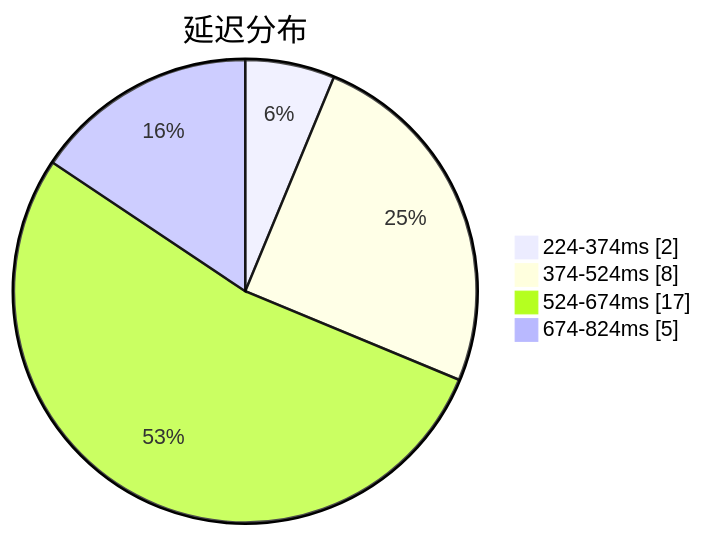
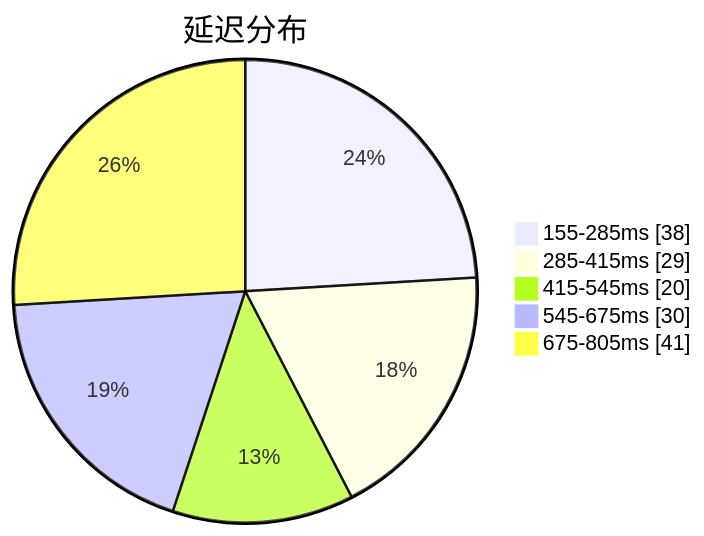
Before and after one commit to qjlxg/airport: the first of 3 diagrams in subs/statistics/tested_within.md, drawn with Mermaid. The commit also changed other lines of this file and 2 other files, not shown here.

````diff
--- a/subs/statistics/tested_within.md
+++ b/subs/statistics/tested_within.md
@@ -2,8 +2,9 @@
 ```mermaid
 pie showData
 title 延迟分布
-"224-374ms" : 2
-"374-524ms" : 8
-"524-674ms" : 17
-"674-824ms" : 5
+"155-285ms" : 38
+"285-415ms" : 29
+"415-545ms" : 20
+"545-675ms" : 30
+"675-805ms" : 41
 ```
````
